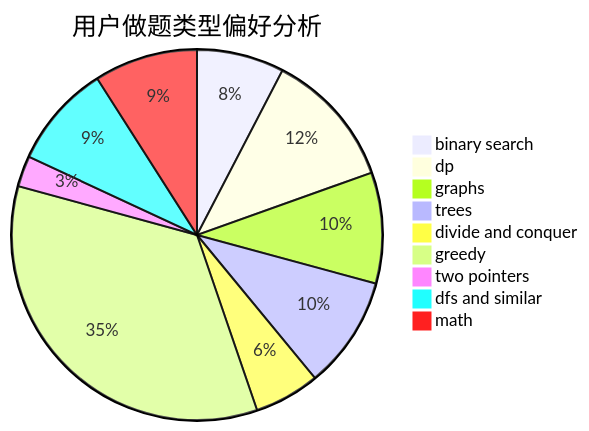
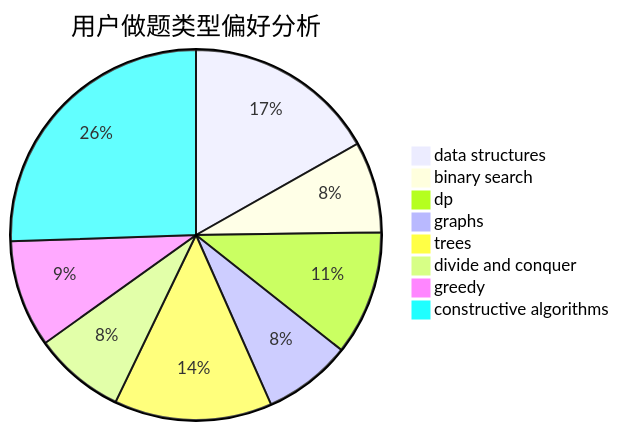
Before and after one commit to sherpahu/cfrs.github.io: the second of 3 diagrams in docs/user/u1968.md, drawn with Mermaid. The commit also changed other lines of this file and 2775 other files, not shown here.

````diff
--- a/docs/user/u1968.md
+++ b/docs/user/u1968.md
@@ -23,12 +23,11 @@
 ```mermaid
 pie title 用户做题类型偏好分析
-    "binary search" :  108
-    "dp" :  169
-    "graphs" :  137
-    "trees" :  139
-    "divide and conquer" :  81
-    "greedy" :  489
-    "two pointers" :  38
-    "dfs and similar" :  128
-    "math" :  128
+    "data structures" :  133
+    "binary search" :  63
+    "dp" :  86
+    "graphs" :  61
+    "trees" :  109
+    "divide and conquer" :  63
+    "greedy" :  74
+    "constructive algorithms" :  202
 ```
````
